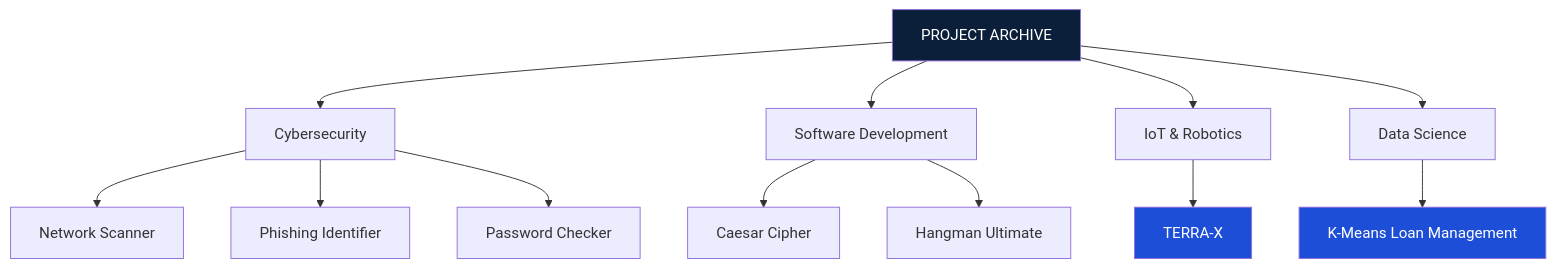
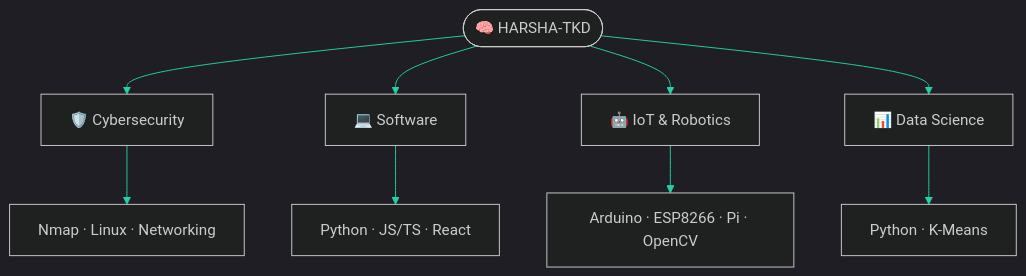
The second of 2 diagrams in README.md (HARSHA-TKD/HARSHA-TKD), drawn with Mermaid before and after one commit. The commit also changed other lines of this file, not shown here.

````diff
--- a/README.md
+++ b/README.md
@@ -359,24 +183,13 @@
 ```mermaid
+%%{init: {'theme':'dark','themeVariables':{'primaryColor':'#4C1D95','primaryTextColor':'#fff','primaryBorderColor':'#00E5FF','lineColor':'#22D3A6'}}}%%
 flowchart TD
-    A["PROJECT ARCHIVE"]
-
-    A --> B["Cybersecurity"]
-    A --> C["Software Development"]
-    A --> D["IoT & Robotics"]
-    A --> E["Data Science"]
-
-    B --> F["Network Scanner"]
-    B --> G["Phishing Identifier"]
-    B --> H["Password Checker"]
-
-    C --> I["Caesar Cipher"]
-    C --> J["Hangman Ultimate"]
-
-    D --> K["TERRA-X"]
-
-    E --> L["K-Means Loan Management"]
-
-    style A fill:#0B1F3A,color:#fff
-    style K fill:#1D4ED8,color:#fff
-    style L fill:#1D4ED8,color:#fff
+    A(["🧠 HARSHA-TKD"])
+    A --> B["🛡️ Cybersecurity"]
+    A --> C["💻 Software"]
+    A --> D["🤖 IoT & Robotics"]
+    A --> E["📊 Data Science"]
+    B --> B1["Nmap · Linux · Networking"]
+    C --> C1["Python · JS/TS · React"]
+    D --> D1["Arduino · ESP8266 · Pi · OpenCV"]
+    E --> E1["Python · K-Means"]
 ```
````
